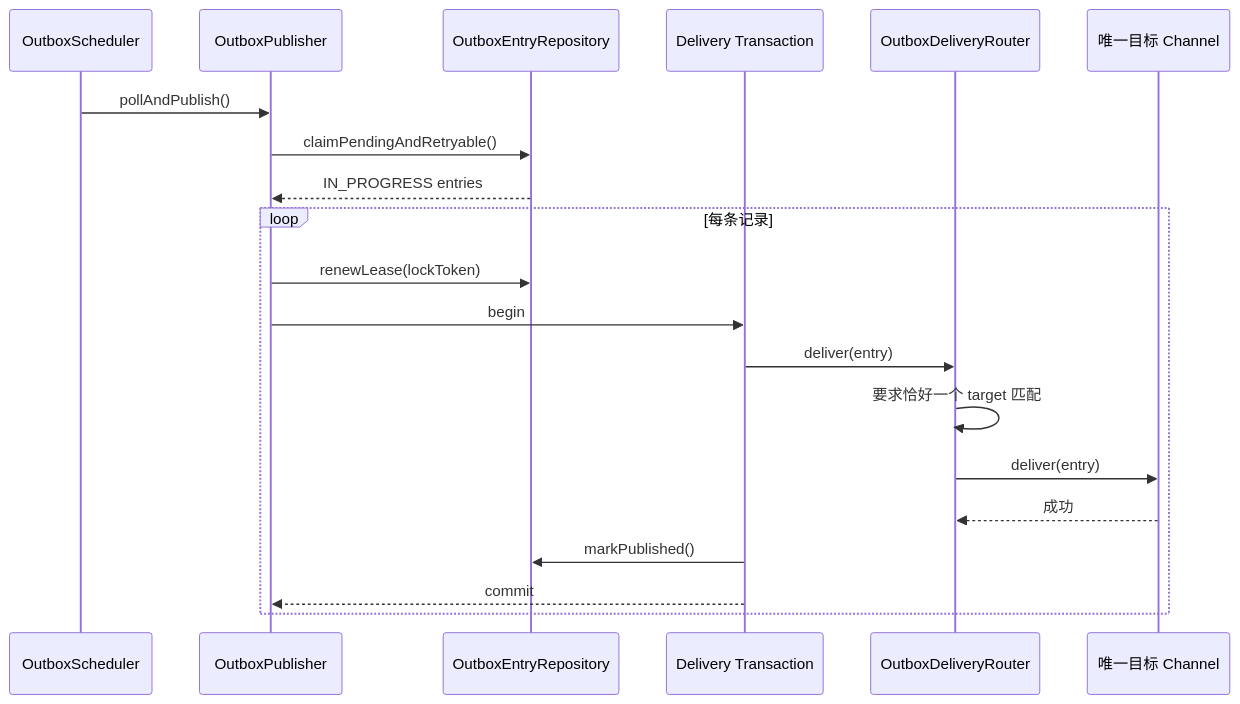
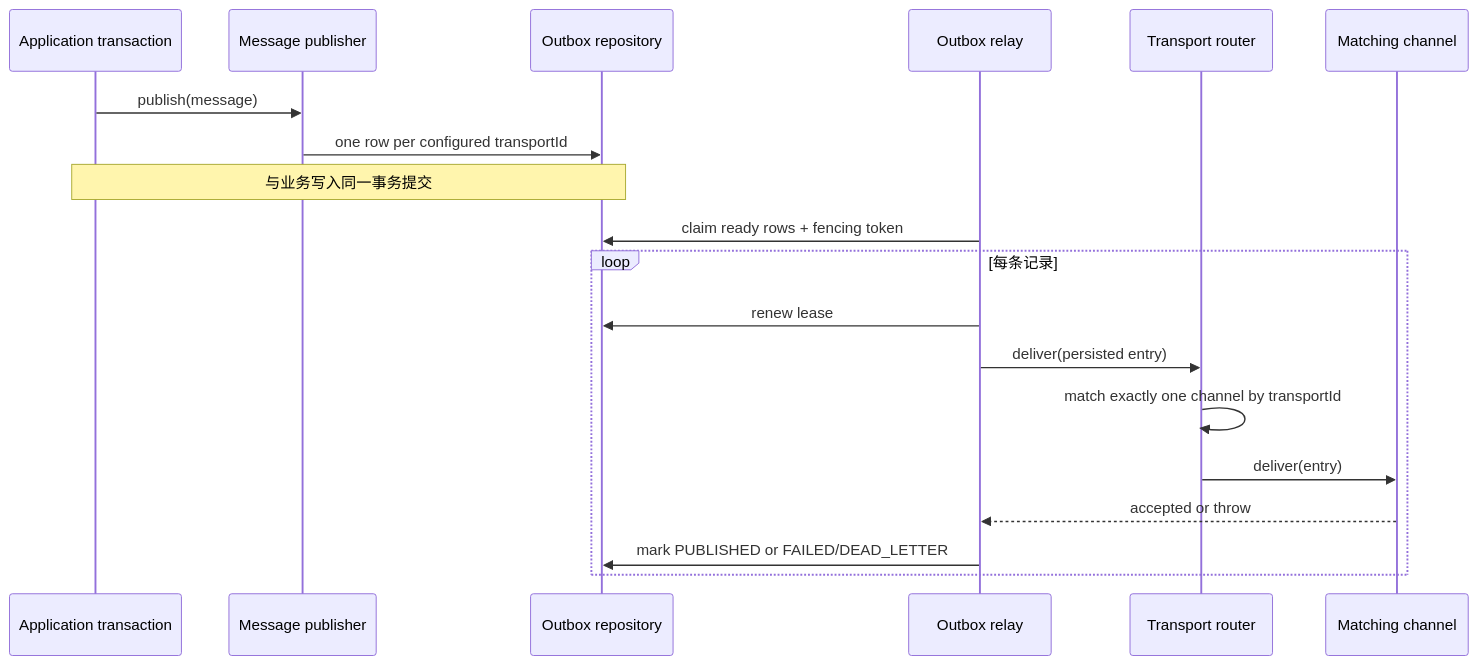
The second of 3 diagrams in docs/technic/领域事件基础设施架构.md (ddd-mall/j-store), drawn with Mermaid before and after one commit. The commit also changed other lines of this file and 209 other files, not shown here.

````diff
--- a/docs/technic/领域事件基础设施架构.md
+++ b/docs/technic/领域事件基础设施架构.md
@@ -91,23 +62,22 @@
 ```mermaid
 sequenceDiagram
-    participant Scheduler as OutboxScheduler
-    participant Relay as OutboxPublisher
-    participant Repo as OutboxEntryRepository
-    participant Tx as Delivery Transaction
-    participant Router as OutboxDeliveryRouter
-    participant Channel as 唯一目标 Channel
+    participant App as Application transaction
+    participant Publisher as Message publisher
+    participant Repo as Outbox repository
+    participant Relay as Outbox relay
+    participant Router as Transport router
+    participant Channel as Matching channel
 
-    Scheduler->>Relay: pollAndPublish()
-    Relay->>Repo: claimPendingAndRetryable()
-    Repo-->>Relay: IN_PROGRESS entries
+    App->>Publisher: publish(message)
+    Publisher->>Repo: one row per configured transportId
+    Note over App,Repo: 与业务写入同一事务提交
+    Relay->>Repo: claim ready rows + fencing token
     loop 每条记录
-        Relay->>Repo: renewLease(lockToken)
-        Relay->>Tx: begin
-        Tx->>Router: deliver(entry)
-        Router->>Router: 要求恰好一个 target 匹配
+        Relay->>Repo: renew lease
+        Relay->>Router: deliver(persisted entry)
+        Router->>Router: match exactly one channel by transportId
         Router->>Channel: deliver(entry)
-        Channel-->>Router: 成功
-        Tx->>Repo: markPublished()
-        Tx-->>Relay: commit
+        Channel-->>Relay: accepted or throw
+        Relay->>Repo: mark PUBLISHED or FAILED/DEAD_LETTER
     end
 ```
````
